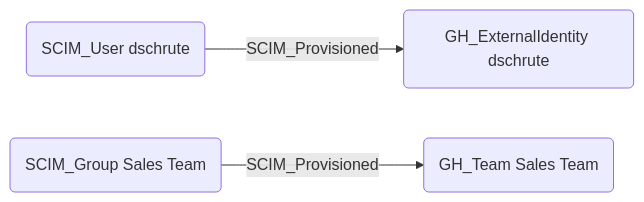
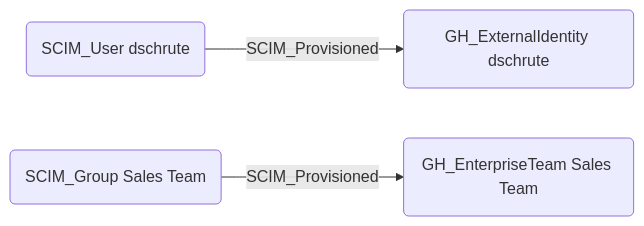
Before and after one commit to SpecterOps/bloodhound-docs: the diagram in docs/opengraph/extensions/scim/edges/scim_provisioned.mdx, drawn with Mermaid. The commit also changed other lines of this file and 2 other files, not shown here.

Commit message:
scim_provisioned -> GH_EnterpriseTeam

````diff
--- a/docs/opengraph/extensions/scim/edges/scim_provisioned.mdx
+++ b/docs/opengraph/extensions/scim/edges/scim_provisioned.mdx
@@ -18,9 +18,9 @@
 ```mermaid
 graph LR
     node1("SCIM_User dschrute")
     node2("GH_ExternalIdentity dschrute")
     node3("SCIM_Group Sales Team")
-    node4("GH_Team Sales Team")
+    node4("GH_EnterpriseTeam Sales Team")
     node1 -- SCIM_Provisioned --> node2
     node3 -- SCIM_Provisioned --> node4
 ```
````
